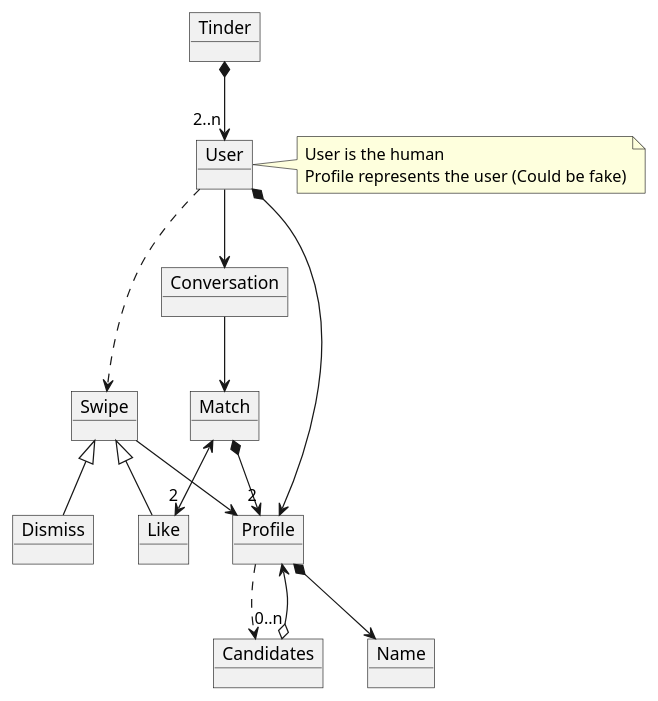
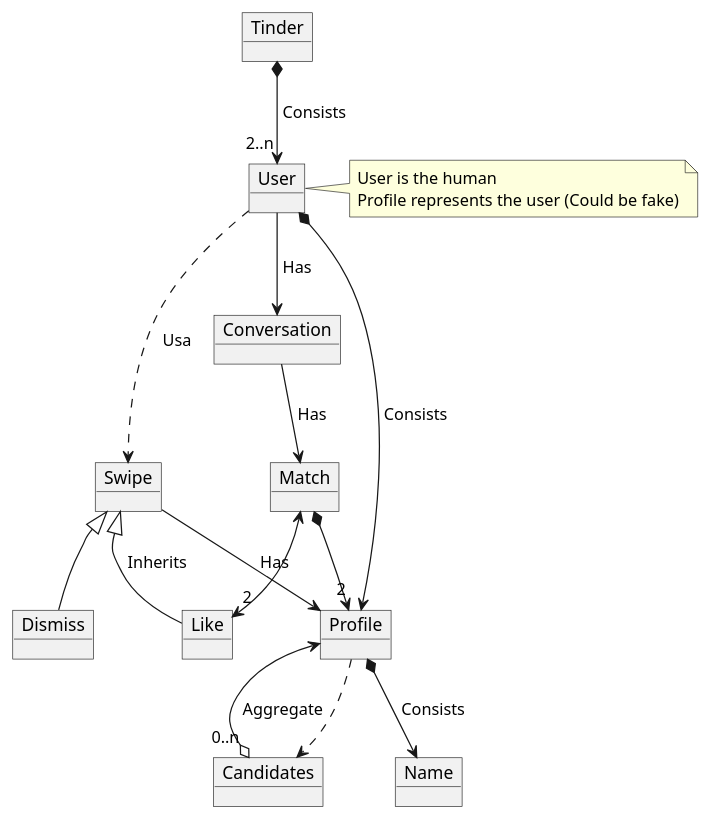
The diagram in docs/src/domain-model.puml (fraylopez/tinder), drawn with PlantUML before and after one commit.

Commit message:
Detailed domain model

```diff
--- a/docs/src/domain-model.puml
+++ b/docs/src/domain-model.puml
@@ -1,37 +1,37 @@
 @startuml
 
 object Tinder
 object Match
 object Like
 object Dismiss
 object Swipe
 object Candidates
 object User
 note right
 User is the human
 Profile represents the user (Could be fake)
 end note
 object Profile
 object Name
 object Conversation
 
-User ..> Swipe
-User *--> Profile
+User ..> Swipe : " Usa"
+User *--> Profile : " Consists"
 
-Tinder *--> "2..n" User
-Profile *--> Name
+Tinder *--> "2..n" User : " Consists"
+Profile *--> Name : " Consists"
 
-Like -up-|> Swipe
+Like -up-|> Swipe: " Inherits"
 Dismiss -up-|> Swipe
-Candidates "0..n" o-down-> Profile
+Candidates "0..n" o-down-> Profile: " Aggregate"
 
 Profile ..> Candidates
-Conversation --> Match
+Conversation --> Match: " Has"
 
-Swipe --> Profile
+Swipe --> Profile: " Has"
 Match *--> "2" Profile
 Match <--> "2" Like
 
-User --> Conversation
+User --> Conversation: " Has"
 
 @enduml
```
